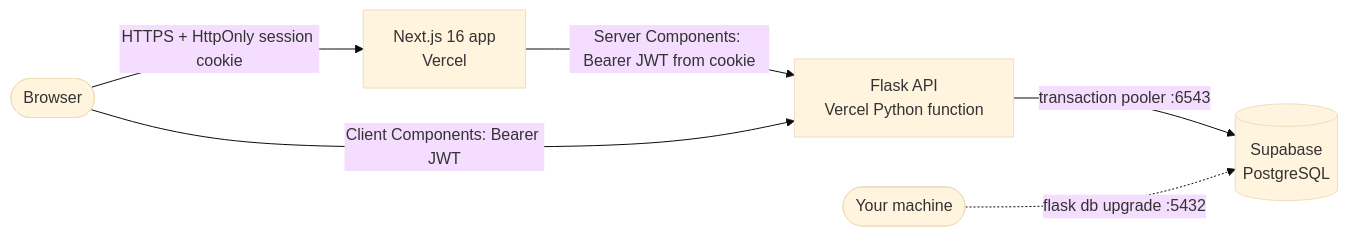
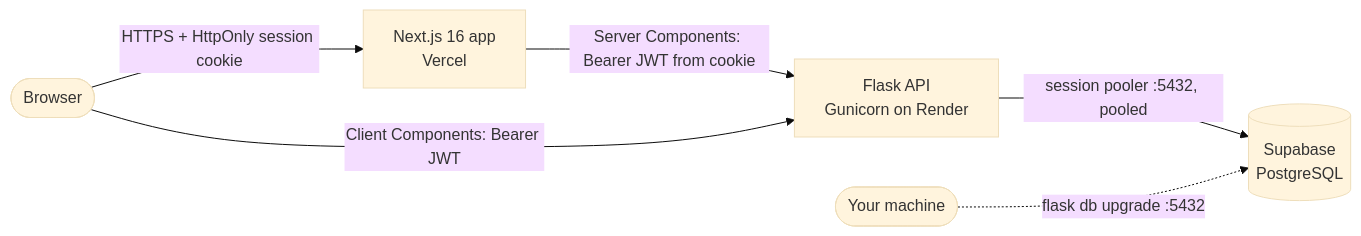
Before and after one commit to Revou-FSSE-Jun26/module-4-jimWilliam: the first of 2 diagrams in README.md, drawn with Mermaid (base theme). The commit also changed other lines of this file and 25 other files, not shown here.

First line of the commit message:
deploy: API on Render with Gunicorn, frontend stays on Vercel

````diff
--- a/README.md
+++ b/README.md
@@ -206,8 +208,8 @@
 ```mermaid
 flowchart LR
     U([Browser]) -->|HTTPS + HttpOnly session cookie| FE["Next.js 16 app<br/>Vercel"]
-    FE -->|Server Components: Bearer JWT from cookie| API["Flask API<br/>Vercel Python function"]
+    FE -->|Server Components: Bearer JWT from cookie| API["Flask API<br/>Gunicorn on Render"]
     U -->|Client Components: Bearer JWT| API
-    API -->|transaction pooler :6543| DB[("Supabase<br/>PostgreSQL")]
+    API -->|session pooler :5432, pooled| DB[("Supabase<br/>PostgreSQL")]
     DEV([Your machine]) -.->|flask db upgrade :5432| DB
 ```
````
